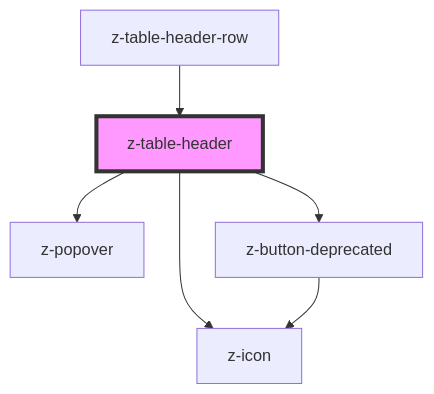
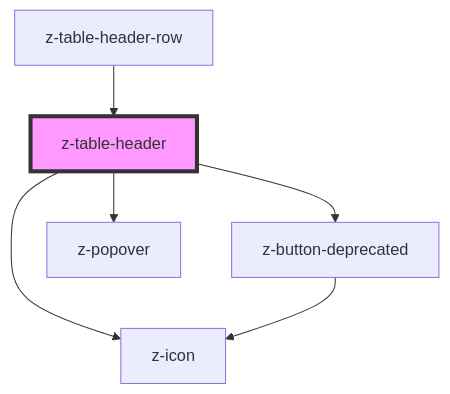
Before and after one commit to ZanichelliEditore/design-system: the diagram in src/components/z-table/z-table-header/readme.md, drawn with Mermaid. The commit also changed other lines of this file and 14 other files, not shown here.

````diff
--- a/src/components/z-table/z-table-header/readme.md
+++ b/src/components/z-table/z-table-header/readme.md
@@ -40,9 +40,9 @@
 ```mermaid
 graph TD;
   z-table-header --> z-icon
+  z-table-header --> z-button-deprecated
   z-table-header --> z-popover
-  z-table-header --> z-button-deprecated
   z-button-deprecated --> z-icon
   z-table-header-row --> z-table-header
   style z-table-header fill:#f9f,stroke:#333,stroke-width:4px
 ```
````
